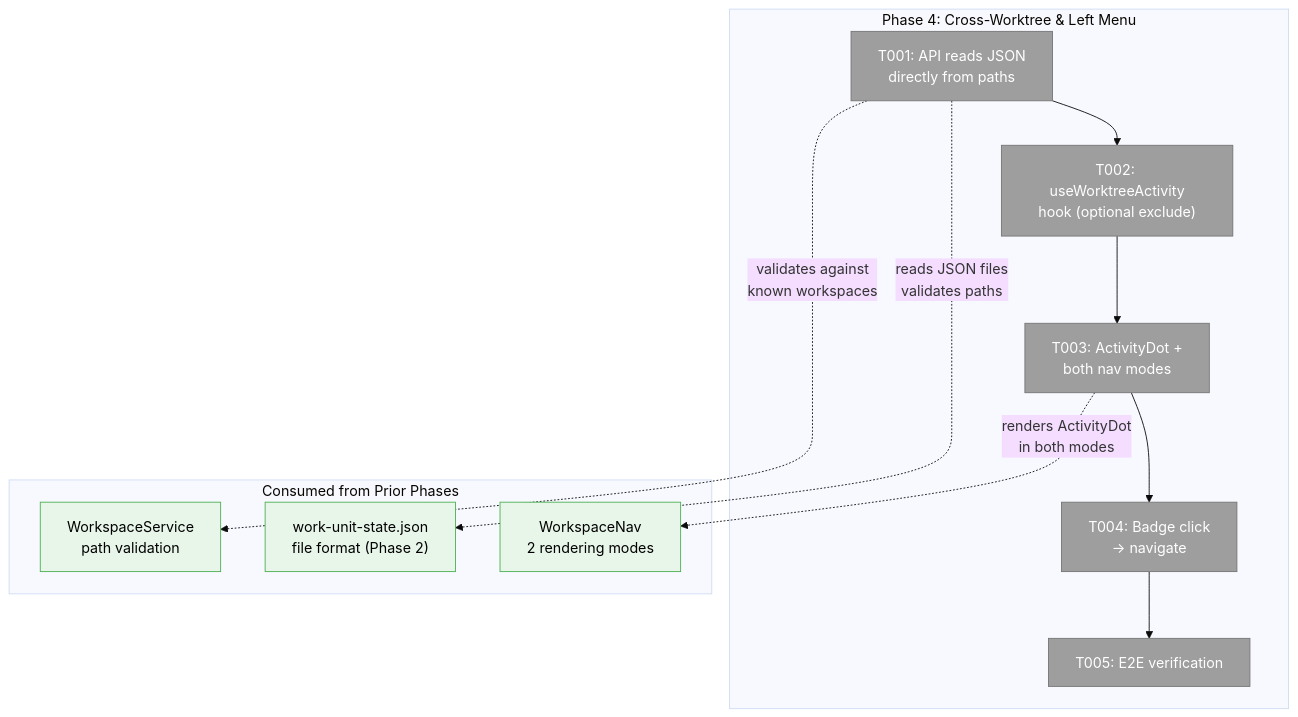
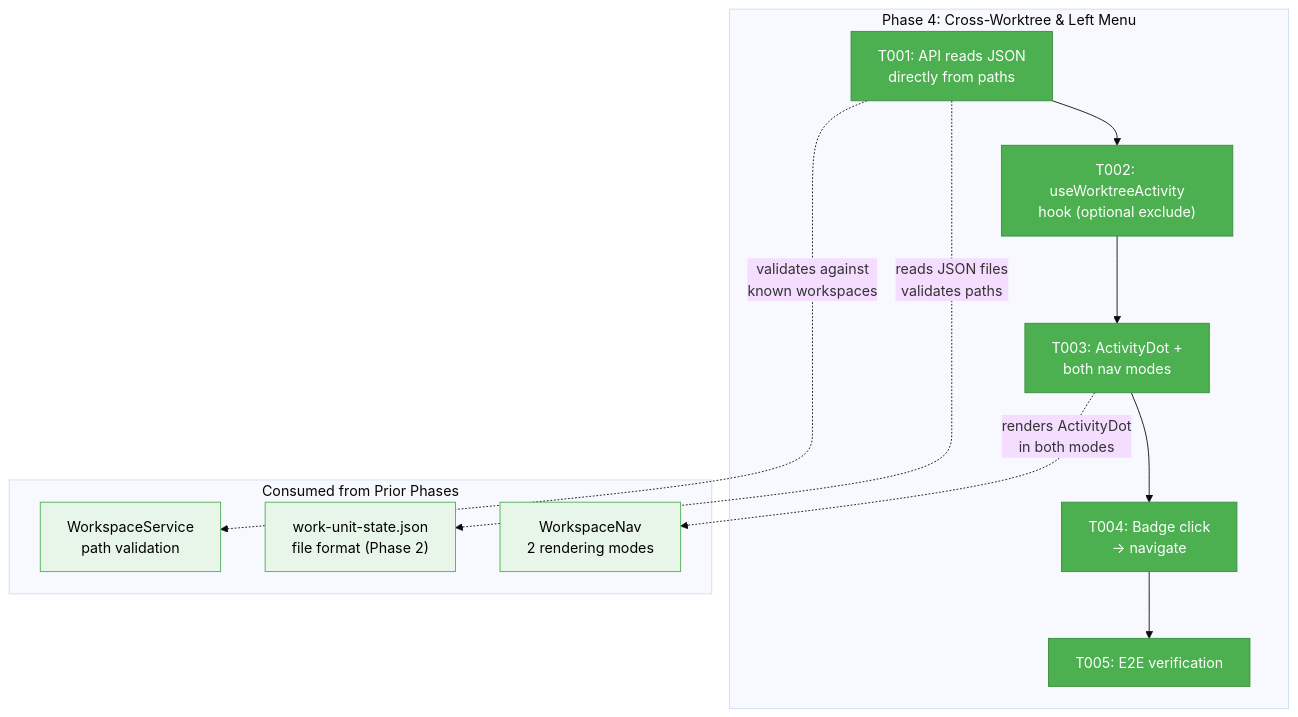
The first of 3 diagrams in docs/plans/059-fix-agents/tasks/phase-4-cross-worktree-left-menu/tasks.md (AI-Substrate/chainglass), drawn with Mermaid (base theme) before and after one commit. The commit also changed other lines of this file and 13 other files, not shown here.

First line of the commit message:
Implement Plan 059 Phase 4: Cross-worktree activity badges

````diff
--- a/docs/plans/059-fix-agents/tasks/phase-4-cross-worktree-left-menu/tasks.md
+++ b/docs/plans/059-fix-agents/tasks/phase-4-cross-worktree-left-menu/tasks.md
@@ -71,28 +71,30 @@
 ```mermaid
 flowchart TD
+    classDef completed fill:#4CAF50,stroke:#388E3C,color:#fff
+    classDef inprogress fill:#FFC107,stroke:#FFA000,color:#000
     classDef pending fill:#9E9E9E,stroke:#757575,color:#fff
     classDef existing fill:#E8F5E9,stroke:#4CAF50,color:#000
 
     subgraph Phase4["Phase 4: Cross-Worktree & Left Menu"]
-        T001["T001: API reads JSON<br/>directly from paths"]:::pending
-        T002["T002: useWorktreeActivity<br/>hook (optional exclude)"]:::pending
-        T003["T003: ActivityDot +<br/>both nav modes"]:::pending
-        T004["T004: Badge click<br/>→ navigate"]:::pending
-        T005["T005: E2E verification"]:::pending
+        T001["T001: API reads JSON<br/>directly from paths"]:::completed
+        T002["T002: useWorktreeActivity<br/>hook (optional exclude)"]:::completed
+        T003["T003: ActivityDot +<br/>both nav modes"]:::completed
+        T004["T004: Badge click<br/>→ navigate"]:::completed
+        T005["T005: E2E verification"]:::completed
 
         T001 --> T002
         T002 --> T003
         T003 --> T004
         T004 --> T005
     end
 
     subgraph Consumed["Consumed from Prior Phases"]
         JSON["work-unit-state.json<br/>file format (Phase 2)"]:::existing
         NAV["WorkspaceNav<br/>2 rendering modes"]:::existing
         WS["WorkspaceService<br/>path validation"]:::existing
     end
 
     T001 -.->|"reads JSON files<br/>validates paths"| JSON
     T001 -.->|"validates against<br/>known workspaces"| WS
     T003 -.->|"renders ActivityDot<br/>in both modes"| NAV
 ```
````
